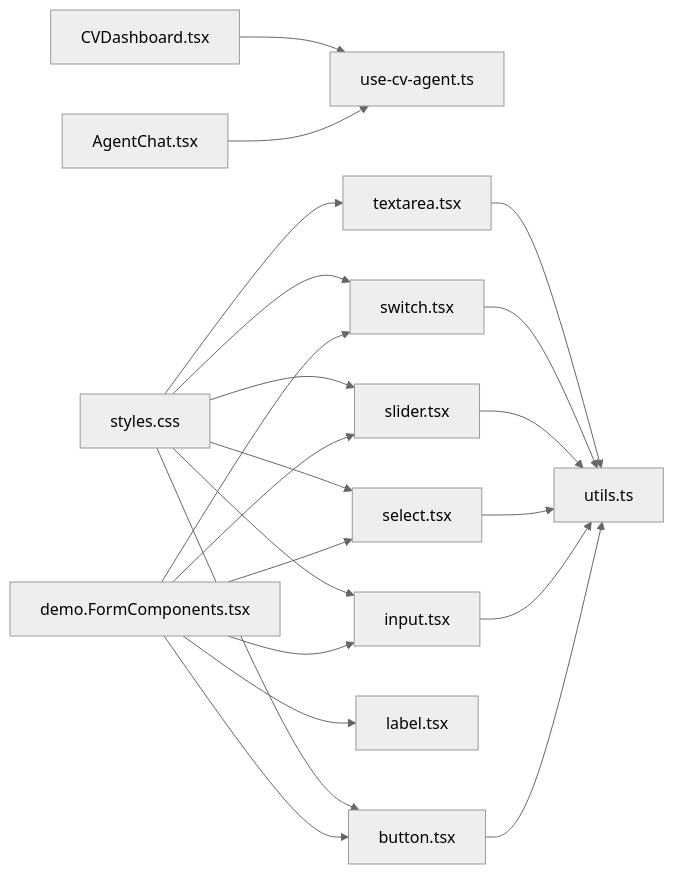
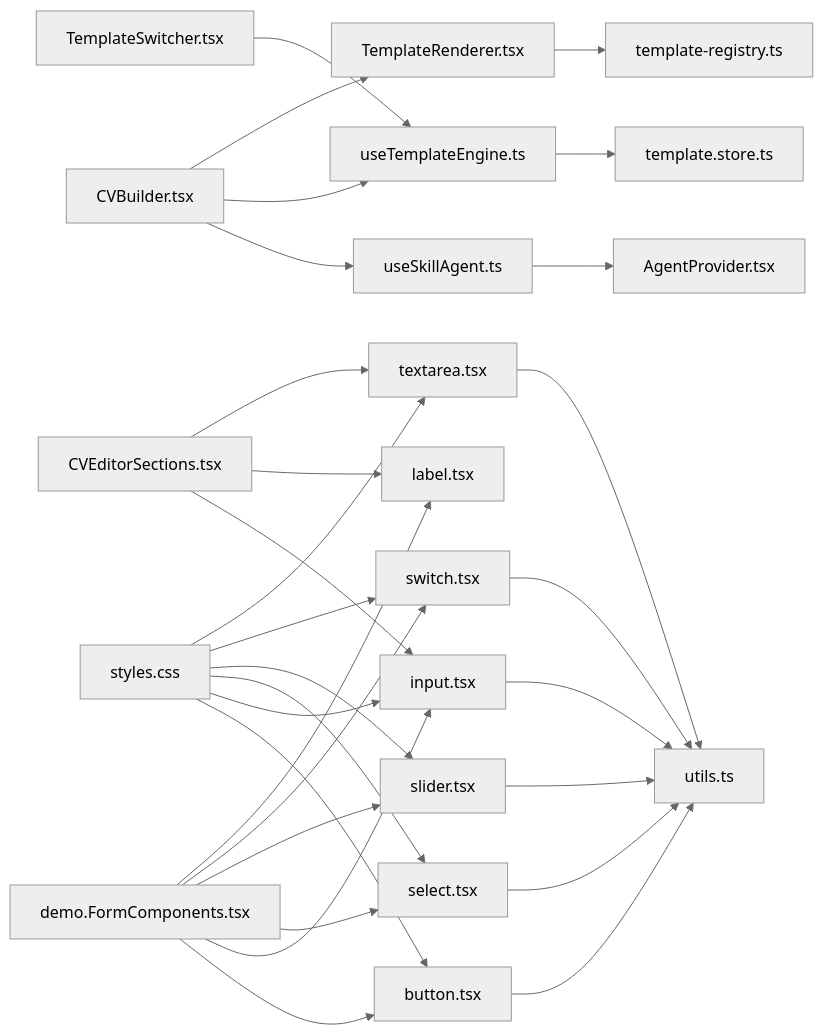
One commit to DoVuDung/cv-portfolio-builder changed the eighth of 8 diagrams in .qoder/repowiki/en/content/User Interface Components/User Interface Components.md. Above: the diagram before and after it, drawn with Mermaid (neutral theme). The commit also changed other lines of this file and 26 other files, not shown here.

First line of the commit message:
docs(agent): update AI Agent System with MCP tool architecture and CV Builder integration

````diff
--- a/.qoder/repowiki/en/content/User Interface Components/User Interface Components.md
+++ b/.qoder/repowiki/en/content/User Interface Components/User Interface Components.md
@@ -431,23 +515,31 @@
 ```mermaid
 graph LR
-AC["AgentChat.tsx"] --> UCA["use-cv-agent.ts"]
-CD["CVDashboard.tsx"] --> UCA
+CVB["CVBuilder.tsx"] --> USA["useSkillAgent.ts"]
+CVB --> UTE["useTemplateEngine.ts"]
+CVB --> TR["TemplateRenderer.tsx"]
+CVES["CVEditorSections.tsx"] --> INP["input.tsx"]
+CVES --> LAB["label.tsx"]
+CVES --> TAREA["textarea.tsx"]
+TS["TemplateSwitcher.tsx"] --> UTE
+TR --> TSREG["template-registry.ts"]
+UTE --> TSSTORE["template.store.ts"]
+USA --> AP["AgentProvider.tsx"]
 DFC["demo.FormComponents.tsx"] --> BTN["button.tsx"]
-DFC --> INP["input.tsx"]
+DFC --> INP
 DFC --> SEL["select.tsx"]
 DFC --> SLI["slider.tsx"]
 DFC --> SW["switch.tsx"]
-DFC --> LAB["label.tsx"]
+DFC --> LAB
 BTN --> UTIL["utils.ts"]
 INP --> UTIL
 SEL --> UTIL
 SLI --> UTIL
 SW --> UTIL
-TAREA["textarea.tsx"] --> UTIL
+TAREA --> UTIL
 CSS["styles.css"] --> BTN
 CSS --> INP
 CSS --> SEL
 CSS --> SLI
 CSS --> SW
 CSS --> TAREA
 ```
````
